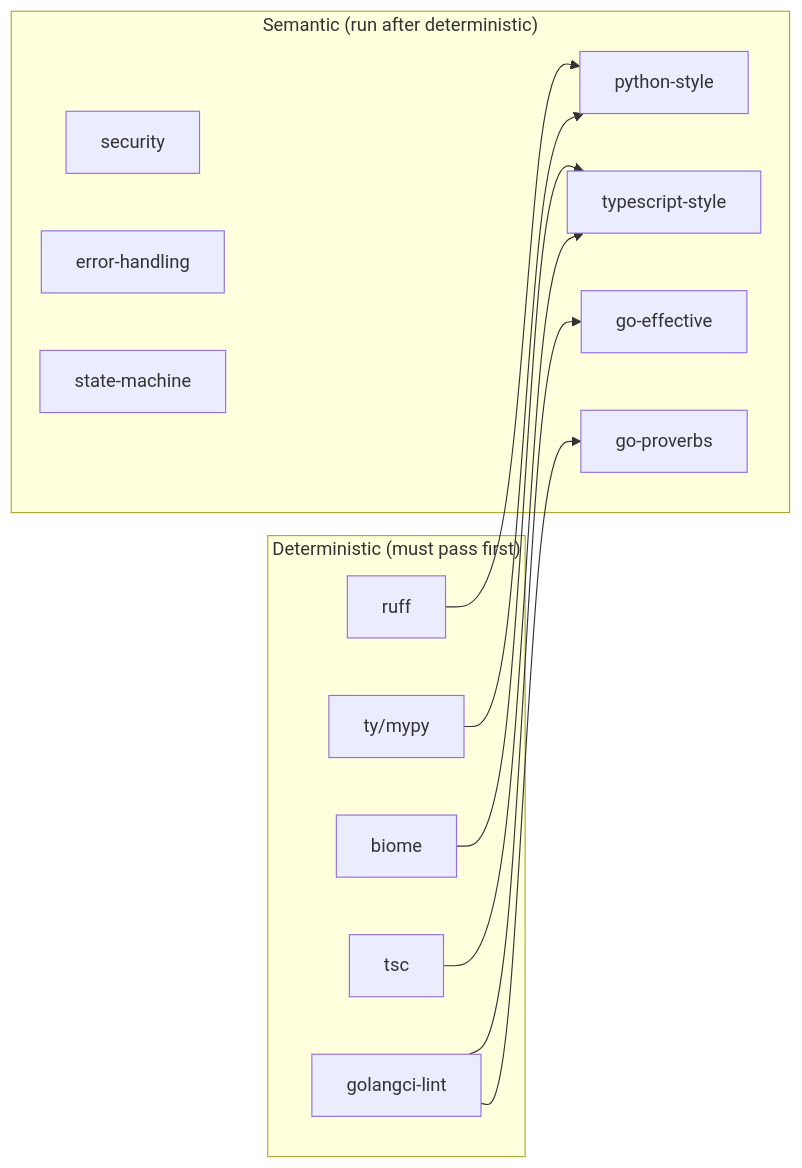
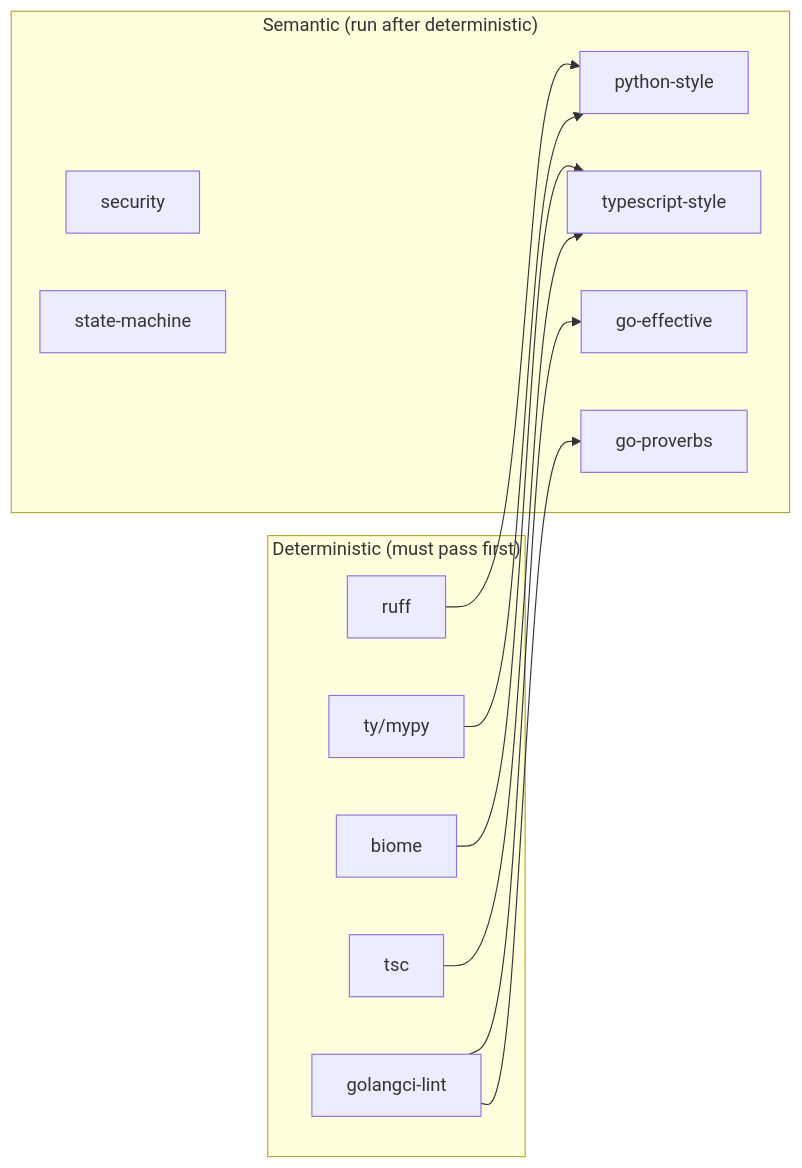
Before and after one commit to peteski22/agent-pragma: the sixth of 7 diagrams in ARCHITECTURE.md, drawn with Mermaid. The commit also changed other lines of this file and 2 other files, not shown here.

First line of the commit message:
Remove non-existent error-handling validator, fix doc accuracy

````diff
--- a/ARCHITECTURE.md
+++ b/ARCHITECTURE.md
@@ -329,31 +324,29 @@
 ```mermaid
 flowchart LR
     subgraph Det["Deterministic (must pass first)"]
         ruff["ruff"]
         ty["ty/mypy"]
         biome["biome"]
         tsc["tsc"]
         golangci["golangci-lint"]
     end
 
     subgraph Sem["Semantic (run after deterministic)"]
         pystyle["python-style"]
         tsstyle["typescript-style"]
         goeff["go-effective"]
         goprov["go-proverbs"]
         sec["security"]
-        errh["error-handling"]
         stm["state-machine"]
     end
 
     ruff --> pystyle
     ty --> pystyle
     biome --> tsstyle
     tsc --> tsstyle
     golangci --> goeff
     golangci --> goprov
 
     sec ~~~ Det
-    errh ~~~ Det
     stm ~~~ Det
 ```
````
